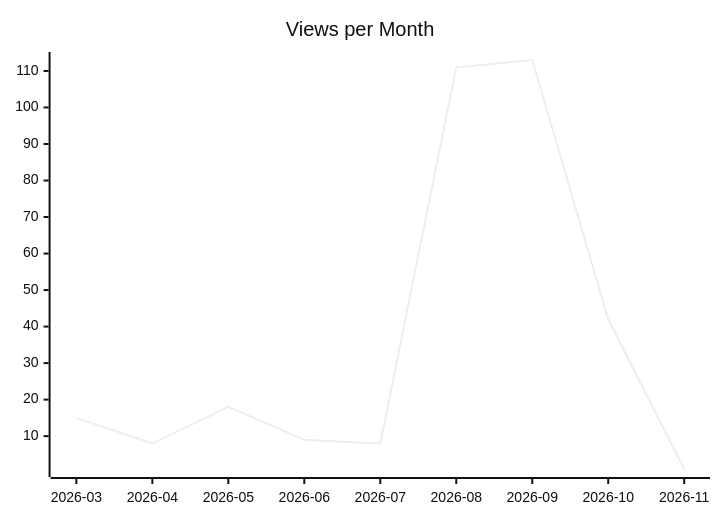
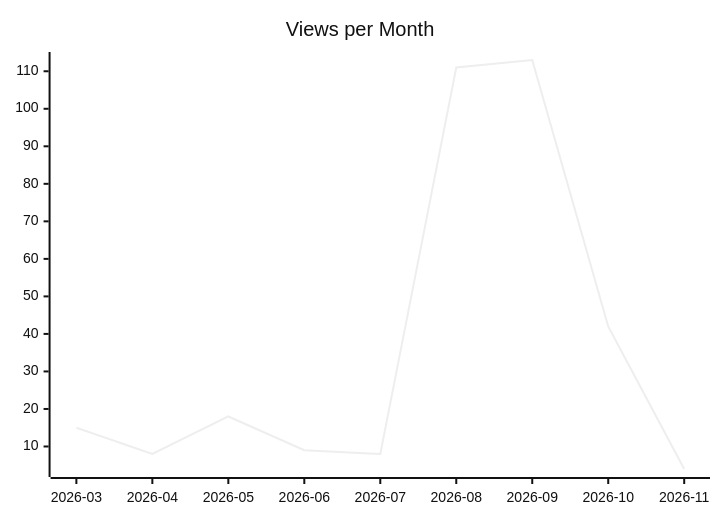
One commit to justdavis-family/github-analytics-data changed the second of 3 diagrams in karlmdavis/xmlpull/README.md. Above: the diagram before and after it, drawn with Mermaid (neutral theme). The commit also changed other lines of this file and 192 other files, not shown here.

````diff
--- a/karlmdavis/xmlpull/README.md
+++ b/karlmdavis/xmlpull/README.md
@@ -12,6 +12,6 @@
 ```mermaid
 xychart-beta
   title "Views per Month"
   x-axis ["2026-03", "2026-04", "2026-05", "2026-06", "2026-07", "2026-08", "2026-09", "2026-10", "2026-11"]
-  line [15, 8, 18, 9, 8, 111, 113, 42, 1]
+  line [15, 8, 18, 9, 8, 111, 113, 42, 4]
 ```
````
